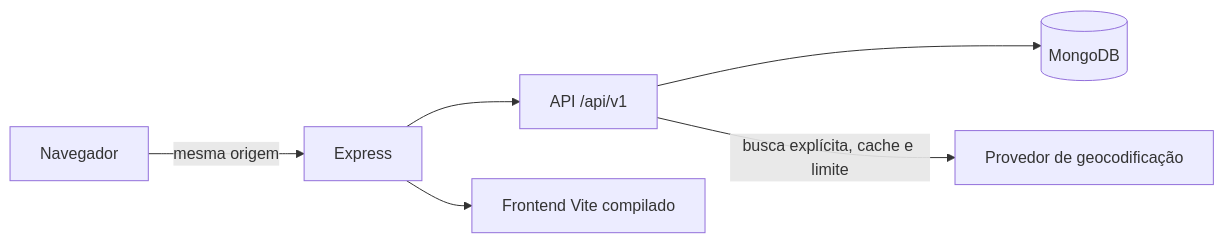
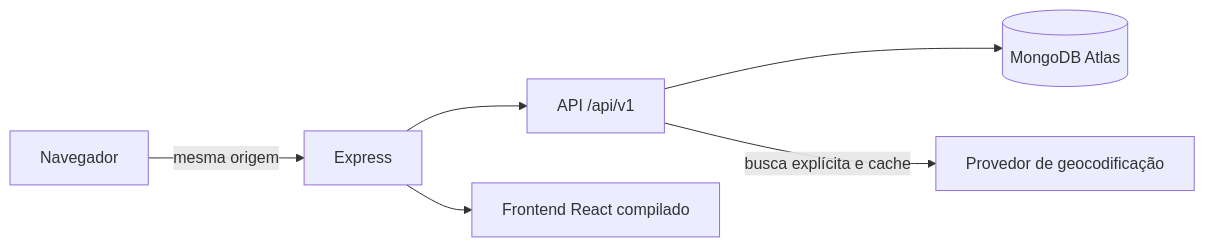
The diagram in README.md (lucasppinheiro/mapa-acessibilidade), drawn with Mermaid before and after one commit. The commit also changed other lines of this file and 1 other file, not shown here.

````diff
--- a/README.md
+++ b/README.md
@@ -26,8 +33,8 @@
 ```mermaid
 flowchart LR
   U["Navegador"] -->|"mesma origem"| E["Express"]
   E --> A["API /api/v1"]
-  E --> V["Frontend Vite compilado"]
-  A --> M[("MongoDB")]
-  A -->|"busca explícita, cache e limite"| G["Provedor de geocodificação"]
+  E --> V["Frontend React compilado"]
+  A --> M[("MongoDB Atlas")]
+  A -->|"busca explícita e cache"| G["Provedor de geocodificação"]
 ```
````
